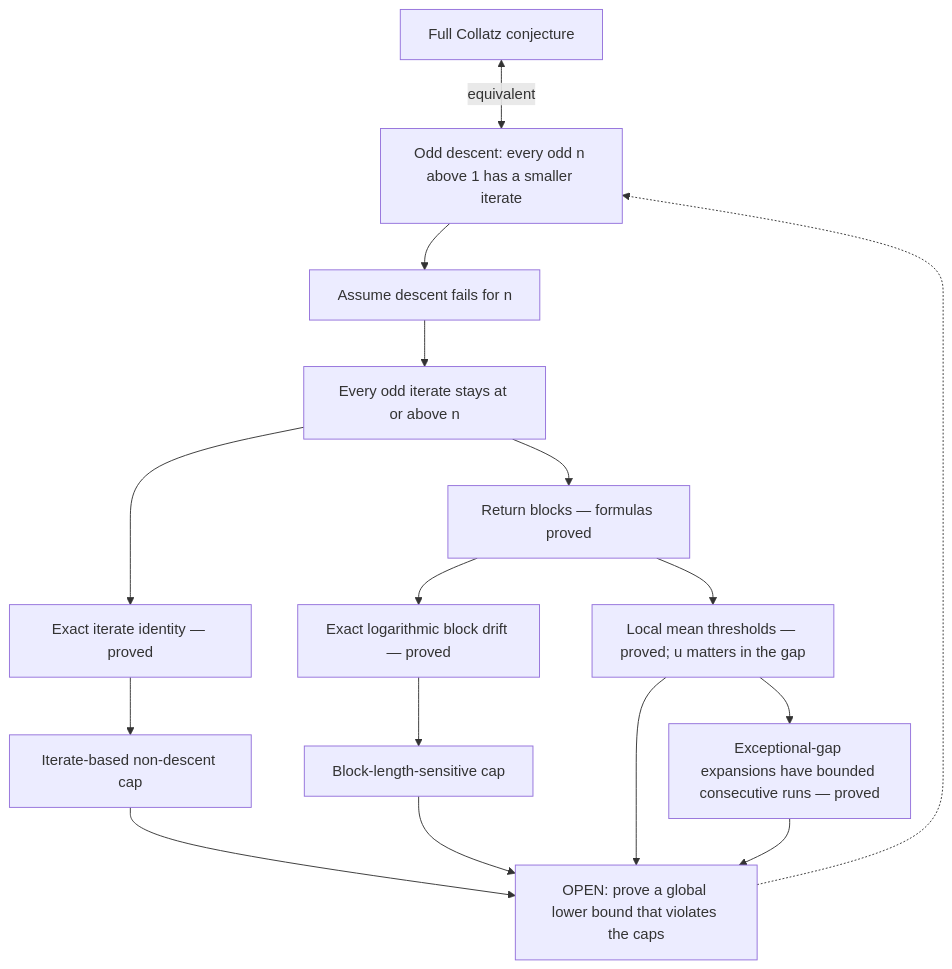
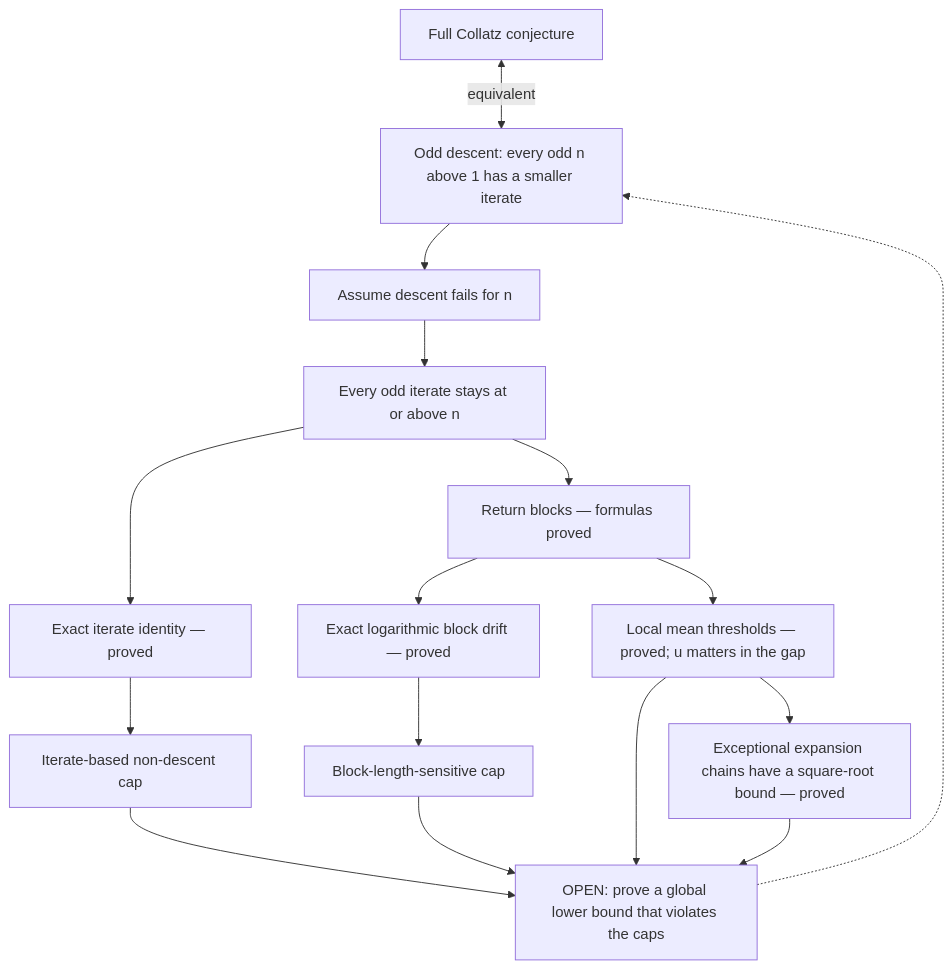
One commit to bassnicole1026-pixel/uctproject changed the diagram in ROADMAP.md. Above: the diagram before and after it, drawn with Mermaid.

Commit message:
Update proof map for sharper chain bound

````diff
--- a/ROADMAP.md
+++ b/ROADMAP.md
@@ -476,18 +476,18 @@
 ```mermaid
 flowchart TD
     C["Full Collatz conjecture"] <-->|equivalent| D["Odd descent: every odd n above 1 has a smaller iterate"]
     D --> H["Assume descent fails for n"]
     H --> N["Every odd iterate stays at or above n"]
     N --> I["Exact iterate identity — proved"]
     I --> U1["Iterate-based non-descent cap"]
     N --> B["Return blocks — formulas proved"]
     B --> L["Local mean thresholds — proved; u matters in the gap"]
-    L --> X["Exceptional-gap expansions have bounded consecutive runs — proved"]
+    L --> X["Exceptional expansion chains have a square-root bound — proved"]
     B --> J["Exact logarithmic block drift — proved"]
     J --> U2["Block-length-sensitive cap"]
     U1 --> G["OPEN: prove a global lower bound that violates the caps"]
     U2 --> G
     L --> G
     X --> G
     G -.-> D
 ```
````
